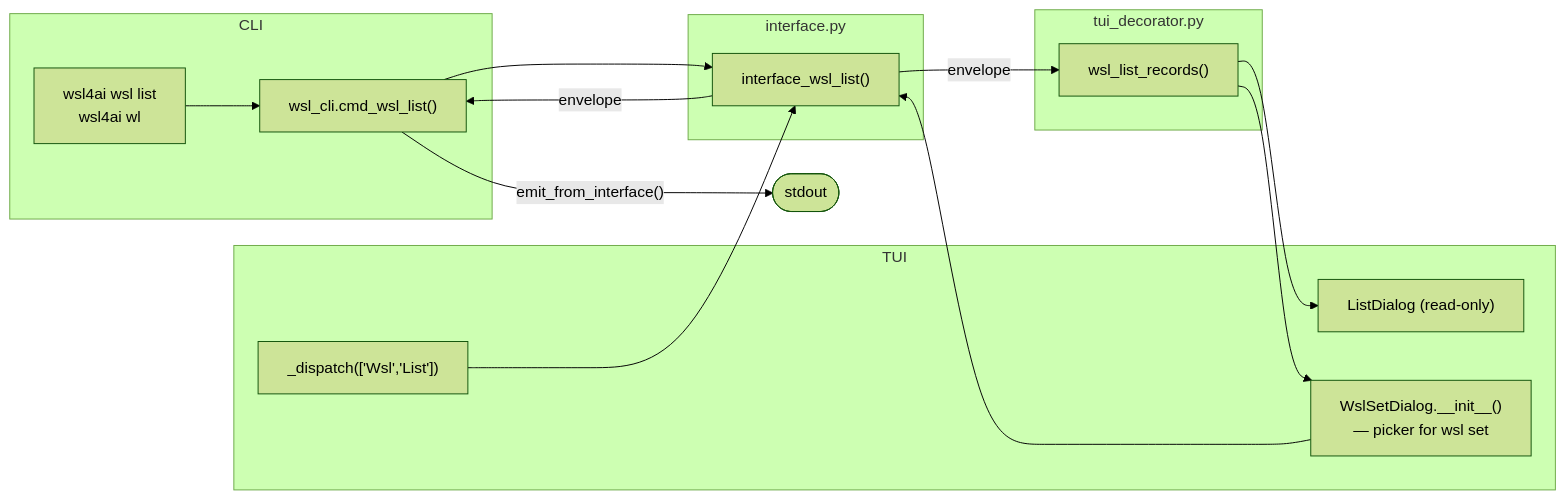
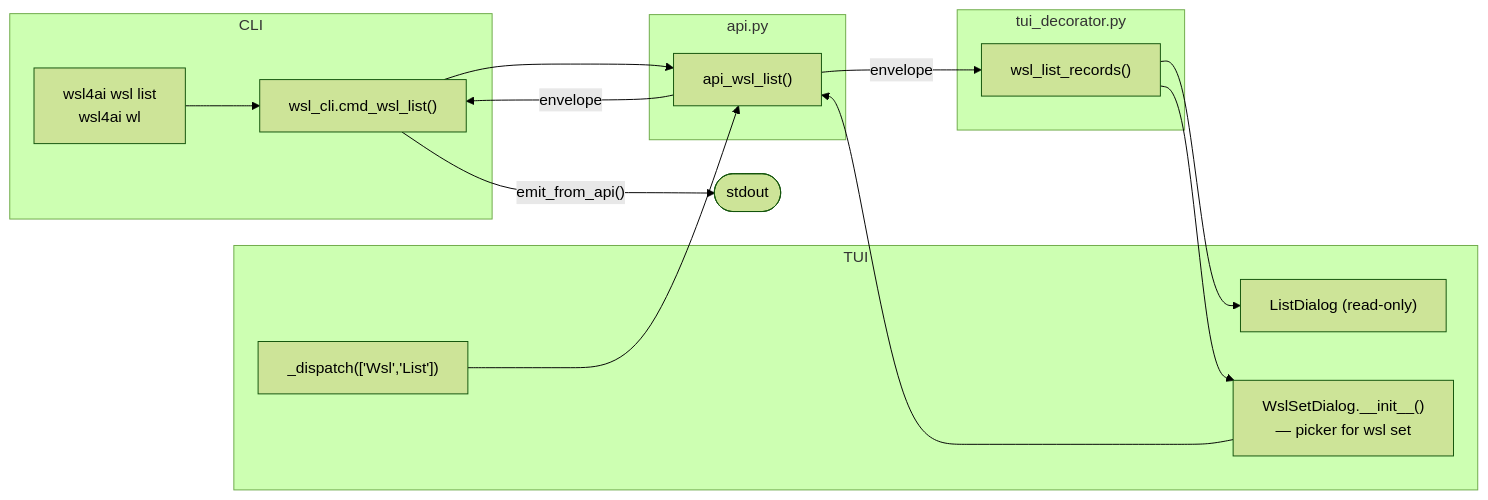
The first of 2 diagrams in specs/tool/specs-wsl.md (rmompo/wsl4ai), drawn with Mermaid (forest theme) before and after one commit. The commit also changed other lines of this file and 20 other files, not shown here.

First line of the commit message:
v1.6.3: rename interface.py → api.py, interface_* → api_*

````diff
--- a/specs/tool/specs-wsl.md
+++ b/specs/tool/specs-wsl.md
@@ -29,28 +29,28 @@
 ```mermaid
 flowchart LR
     subgraph CLI
         wl["wsl4ai wsl list\nwsl4ai wl"]
         cmd["wsl_cli.cmd_wsl_list()"]
         wl --> cmd
     end
-    subgraph Interface["interface.py"]
-        iface["interface_wsl_list()"]
+    subgraph Interface["api.py"]
+        iface["api_wsl_list()"]
     end
     subgraph TUI
         dispatch["_dispatch(['Wsl','List'])"]
         ldiag["ListDialog (read-only)"]
         wsl_set_init["WslSetDialog.__init__()\n— picker for wsl set"]
     end
     subgraph TUI_Dec["tui_decorator.py"]
         rec["wsl_list_records()"]
     end
 
     cmd --> iface
     dispatch --> iface
     wsl_set_init --> iface
     iface -->|"envelope"| cmd
     iface -->|"envelope"| rec
     rec --> ldiag
     rec --> wsl_set_init
-    cmd -->|"emit_from_interface()"| stdout([stdout])
+    cmd -->|"emit_from_api()"| stdout([stdout])
 ```
````
